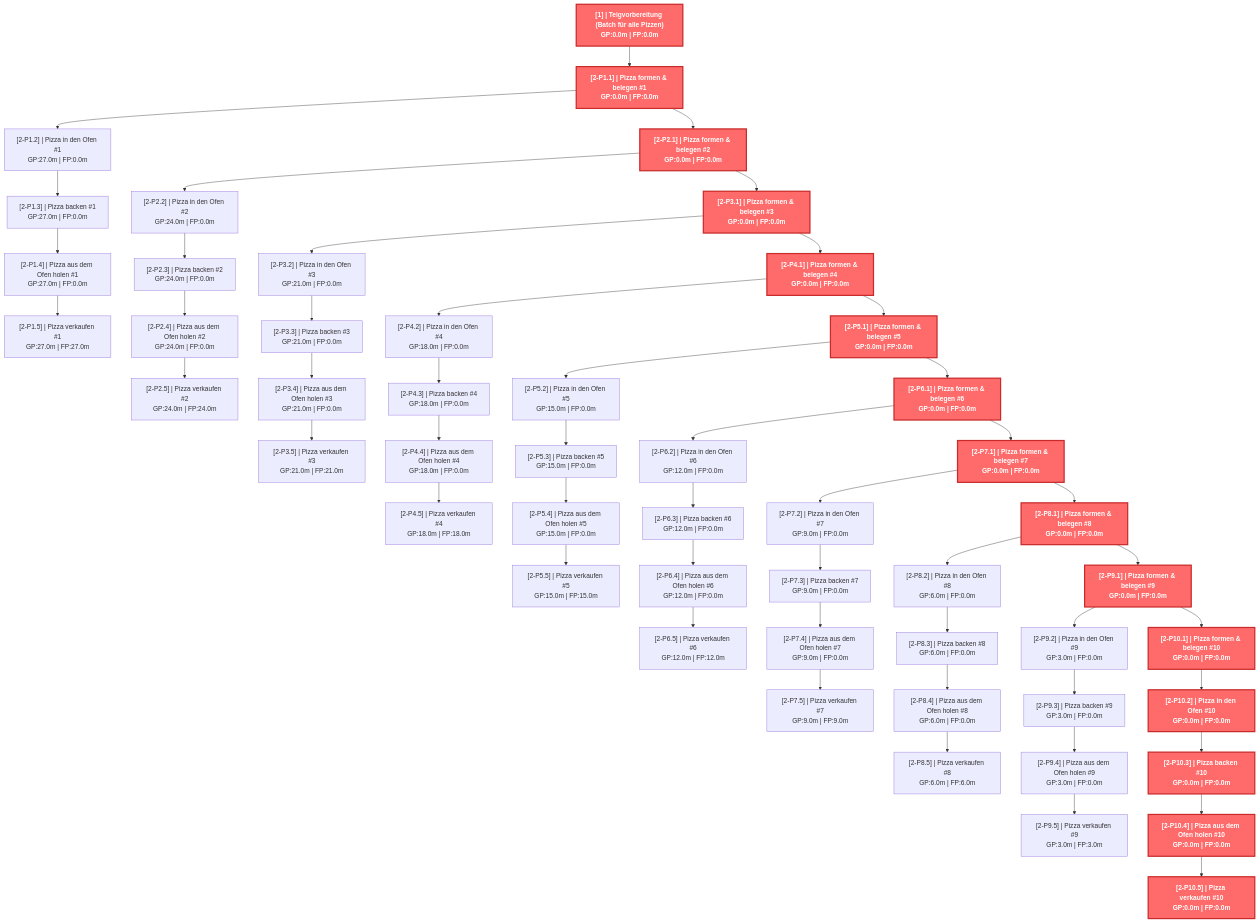
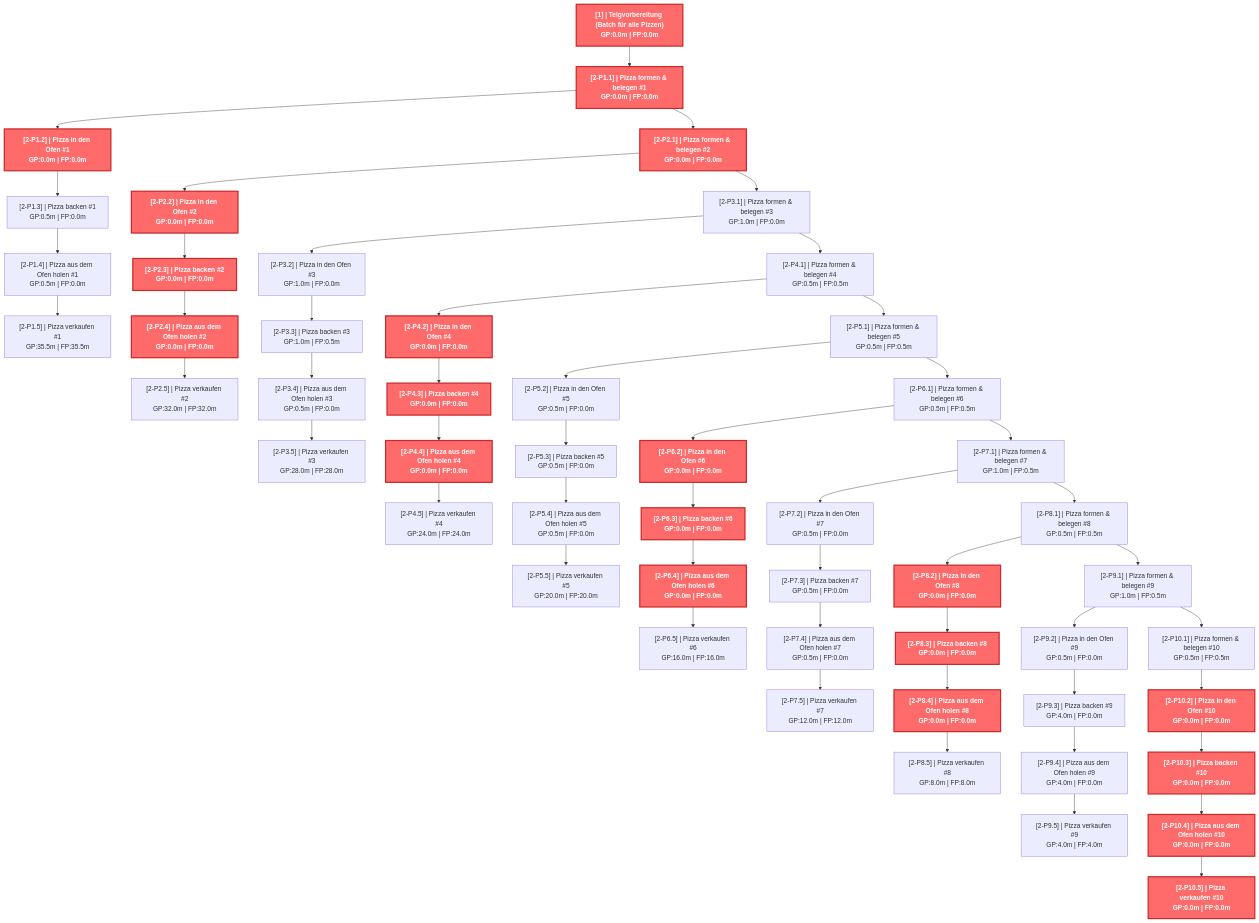
The first of 5 diagrams in tests/golden/pizzas.md (mistamichael/sproject), drawn with Mermaid before and after one commit. The commit also changed other lines of this file and 27 other files, not shown here.

```diff
--- a/tests/golden/pizzas.md
+++ b/tests/golden/pizzas.md
@@ -44,51 +49,51 @@
 
     N1["<b>[1] | Teigvorbereitung (Batch für alle Pizzen)<br/>GP:0.0m | FP:0.0m</b>"]:::critical
     N2-P1.1["<b>[2-P1.1] | Pizza formen & belegen #1<br/>GP:0.0m | FP:0.0m</b>"]:::critical
-    N2-P1.2["[2-P1.2] | Pizza in den Ofen #1<br/>GP:27.0m | FP:0.0m"]
-    N2-P1.3["[2-P1.3] | Pizza backen #1<br/>GP:27.0m | FP:0.0m"]
-    N2-P1.4["[2-P1.4] | Pizza aus dem Ofen holen #1<br/>GP:27.0m | FP:0.0m"]
-    N2-P1.5["[2-P1.5] | Pizza verkaufen #1<br/>GP:27.0m | FP:27.0m"]
+    N2-P1.2["<b>[2-P1.2] | Pizza in den Ofen #1<br/>GP:0.0m | FP:0.0m</b>"]:::critical
+    N2-P1.3["[2-P1.3] | Pizza backen #1<br/>GP:0.5m | FP:0.0m"]
+    N2-P1.4["[2-P1.4] | Pizza aus dem Ofen holen #1<br/>GP:0.5m | FP:0.0m"]
+    N2-P1.5["[2-P1.5] | Pizza verkaufen #1<br/>GP:35.5m | FP:35.5m"]
     N2-P2.1["<b>[2-P2.1] | Pizza formen & belegen #2<br/>GP:0.0m | FP:0.0m</b>"]:::critical
-    N2-P2.2["[2-P2.2] | Pizza in den Ofen #2<br/>GP:24.0m | FP:0.0m"]
-    N2-P2.3["[2-P2.3] | Pizza backen #2<br/>GP:24.0m | FP:0.0m"]
-    N2-P2.4["[2-P2.4] | Pizza aus dem Ofen holen #2<br/>GP:24.0m | FP:0.0m"]
-    N2-P2.5["[2-P2.5] | Pizza verkaufen #2<br/>GP:24.0m | FP:24.0m"]
-    N2-P3.1["<b>[2-P3.1] | Pizza formen & belegen #3<br/>GP:0.0m | FP:0.0m</b>"]:::critical
-    N2-P3.2["[2-P3.2] | Pizza in den Ofen #3<br/>GP:21.0m | FP:0.0m"]
-    N2-P3.3["[2-P3.3] | Pizza backen #3<br/>GP:21.0m | FP:0.0m"]
-    N2-P3.4["[2-P3.4] | Pizza aus dem Ofen holen #3<br/>GP:21.0m | FP:0.0m"]
-    N2-P3.5["[2-P3.5] | Pizza verkaufen #3<br/>GP:21.0m | FP:21.0m"]
-    N2-P4.1["<b>[2-P4.1] | Pizza formen & belegen #4<br/>GP:0.0m | FP:0.0m</b>"]:::critical
-    N2-P4.2["[2-P4.2] | Pizza in den Ofen #4<br/>GP:18.0m | FP:0.0m"]
-    N2-P4.3["[2-P4.3] | Pizza backen #4<br/>GP:18.0m | FP:0.0m"]
-    N2-P4.4["[2-P4.4] | Pizza aus dem Ofen holen #4<br/>GP:18.0m | FP:0.0m"]
-    N2-P4.5["[2-P4.5] | Pizza verkaufen #4<br/>GP:18.0m | FP:18.0m"]
-    N2-P5.1["<b>[2-P5.1] | Pizza formen & belegen #5<br/>GP:0.0m | FP:0.0m</b>"]:::critical
-    N2-P5.2["[2-P5.2] | Pizza in den Ofen #5<br/>GP:15.0m | FP:0.0m"]
-    N2-P5.3["[2-P5.3] | Pizza backen #5<br/>GP:15.0m | FP:0.0m"]
-    N2-P5.4["[2-P5.4] | Pizza aus dem Ofen holen #5<br/>GP:15.0m | FP:0.0m"]
-    N2-P5.5["[2-P5.5] | Pizza verkaufen #5<br/>GP:15.0m | FP:15.0m"]
-    N2-P6.1["<b>[2-P6.1] | Pizza formen & belegen #6<br/>GP:0.0m | FP:0.0m</b>"]:::critical
-    N2-P6.2["[2-P6.2] | Pizza in den Ofen #6<br/>GP:12.0m | FP:0.0m"]
-    N2-P6.3["[2-P6.3] | Pizza backen #6<br/>GP:12.0m | FP:0.0m"]
-    N2-P6.4["[2-P6.4] | Pizza aus dem Ofen holen #6<br/>GP:12.0m | FP:0.0m"]
-    N2-P6.5["[2-P6.5] | Pizza verkaufen #6<br/>GP:12.0m | FP:12.0m"]
-    N2-P7.1["<b>[2-P7.1] | Pizza formen & belegen #7<br/>GP:0.0m | FP:0.0m</b>"]:::critical
-    N2-P7.2["[2-P7.2] | Pizza in den Ofen #7<br/>GP:9.0m | FP:0.0m"]
-    N2-P7.3["[2-P7.3] | Pizza backen #7<br/>GP:9.0m | FP:0.0m"]
-    N2-P7.4["[2-P7.4] | Pizza aus dem Ofen holen #7<br/>GP:9.0m | FP:0.0m"]
-    N2-P7.5["[2-P7.5] | Pizza verkaufen #7<br/>GP:9.0m | FP:9.0m"]
-    N2-P8.1["<b>[2-P8.1] | Pizza formen & belegen #8<br/>GP:0.0m | FP:0.0m</b>"]:::critical
-    N2-P8.2["[2-P8.2] | Pizza in den Ofen #8<br/>GP:6.0m | FP:0.0m"]
-    N2-P8.3["[2-P8.3] | Pizza backen #8<br/>GP:6.0m | FP:0.0m"]
-    N2-P8.4["[2-P8.4] | Pizza aus dem Ofen holen #8<br/>GP:6.0m | FP:0.0m"]
-    N2-P8.5["[2-P8.5] | Pizza verkaufen #8<br/>GP:6.0m | FP:6.0m"]
-    N2-P9.1["<b>[2-P9.1] | Pizza formen & belegen #9<br/>GP:0.0m | FP:0.0m</b>"]:::critical
-    N2-P9.2["[2-P9.2] | Pizza in den Ofen #9<br/>GP:3.0m | FP:0.0m"]
-    N2-P9.3["[2-P9.3] | Pizza backen #9<br/>GP:3.0m | FP:0.0m"]
-    N2-P9.4["[2-P9.4] | Pizza aus dem Ofen holen #9<br/>GP:3.0m | FP:0.0m"]
-    N2-P9.5["[2-P9.5] | Pizza verkaufen #9<br/>GP:3.0m | FP:3.0m"]
-    N2-P10.1["<b>[2-P10.1] | Pizza formen & belegen #10<br/>GP:0.0m | FP:0.0m</b>"]:::critical
+    N2-P2.2["<b>[2-P2.2] | Pizza in den Ofen #2<br/>GP:0.0m | FP:0.0m</b>"]:::critical
+    N2-P2.3["<b>[2-P2.3] | Pizza backen #2<br/>GP:0.0m | FP:0.0m</b>"]:::critical
+    N2-P2.4["<b>[2-P2.4] | Pizza aus dem Ofen holen #2<br/>GP:0.0m | FP:0.0m</b>"]:::critical
+    N2-P2.5["[2-P2.5] | Pizza verkaufen #2<br/>GP:32.0m | FP:32.0m"]
+    N2-P3.1["[2-P3.1] | Pizza formen & belegen #3<br/>GP:1.0m | FP:0.0m"]
+    N2-P3.2["[2-P3.2] | Pizza in den Ofen #3<br/>GP:1.0m | FP:0.0m"]
+    N2-P3.3["[2-P3.3] | Pizza backen #3<br/>GP:1.0m | FP:0.5m"]
+    N2-P3.4["[2-P3.4] | Pizza aus dem Ofen holen #3<br/>GP:0.5m | FP:0.0m"]
+    N2-P3.5["[2-P3.5] | Pizza verkaufen #3<br/>GP:28.0m | FP:28.0m"]
+    N2-P4.1["[2-P4.1] | Pizza formen & belegen #4<br/>GP:0.5m | FP:0.5m"]
+    N2-P4.2["<b>[2-P4.2] | Pizza in den Ofen #4<br/>GP:0.0m | FP:0.0m</b>"]:::critical
+    N2-P4.3["<b>[2-P4.3] | Pizza backen #4<br/>GP:0.0m | FP:0.0m</b>"]:::critical
+    N2-P4.4["<b>[2-P4.4] | Pizza aus dem Ofen holen #4<br/>GP:0.0m | FP:0.0m</b>"]:::critical
+    N2-P4.5["[2-P4.5] | Pizza verkaufen #4<br/>GP:24.0m | FP:24.0m"]
+    N2-P5.1["[2-P5.1] | Pizza formen & belegen #5<br/>GP:0.5m | FP:0.5m"]
+    N2-P5.2["[2-P5.2] | Pizza in den Ofen #5<br/>GP:0.5m | FP:0.0m"]
+    N2-P5.3["[2-P5.3] | Pizza backen #5<br/>GP:0.5m | FP:0.0m"]
+    N2-P5.4["[2-P5.4] | Pizza aus dem Ofen holen #5<br/>GP:0.5m | FP:0.0m"]
+    N2-P5.5["[2-P5.5] | Pizza verkaufen #5<br/>GP:20.0m | FP:20.0m"]
+    N2-P6.1["[2-P6.1] | Pizza formen & belegen #6<br/>GP:0.5m | FP:0.5m"]
+    N2-P6.2["<b>[2-P6.2] | Pizza in den Ofen #6<br/>GP:0.0m | FP:0.0m</b>"]:::critical
+    N2-P6.3["<b>[2-P6.3] | Pizza backen #6<br/>GP:0.0m | FP:0.0m</b>"]:::critical
+    N2-P6.4["<b>[2-P6.4] | Pizza aus dem Ofen holen #6<br/>GP:0.0m | FP:0.0m</b>"]:::critical
+    N2-P6.5["[2-P6.5] | Pizza verkaufen #6<br/>GP:16.0m | FP:16.0m"]
+    N2-P7.1["[2-P7.1] | Pizza formen & belegen #7<br/>GP:1.0m | FP:0.5m"]
+    N2-P7.2["[2-P7.2] | Pizza in den Ofen #7<br/>GP:0.5m | FP:0.0m"]
+    N2-P7.3["[2-P7.3] | Pizza backen #7<br/>GP:0.5m | FP:0.0m"]
+    N2-P7.4["[2-P7.4] | Pizza aus dem Ofen holen #7<br/>GP:0.5m | FP:0.0m"]
+    N2-P7.5["[2-P7.5] | Pizza verkaufen #7<br/>GP:12.0m | FP:12.0m"]
+    N2-P8.1["[2-P8.1] | Pizza formen & belegen #8<br/>GP:0.5m | FP:0.5m"]
+    N2-P8.2["<b>[2-P8.2] | Pizza in den Ofen #8<br/>GP:0.0m | FP:0.0m</b>"]:::critical
+    N2-P8.3["<b>[2-P8.3] | Pizza backen #8<br/>GP:0.0m | FP:0.0m</b>"]:::critical
+    N2-P8.4["<b>[2-P8.4] | Pizza aus dem Ofen holen #8<br/>GP:0.0m | FP:0.0m</b>"]:::critical
+    N2-P8.5["[2-P8.5] | Pizza verkaufen #8<br/>GP:8.0m | FP:8.0m"]
+    N2-P9.1["[2-P9.1] | Pizza formen & belegen #9<br/>GP:1.0m | FP:0.5m"]
+    N2-P9.2["[2-P9.2] | Pizza in den Ofen #9<br/>GP:0.5m | FP:0.0m"]
+    N2-P9.3["[2-P9.3] | Pizza backen #9<br/>GP:4.0m | FP:0.0m"]
+    N2-P9.4["[2-P9.4] | Pizza aus dem Ofen holen #9<br/>GP:4.0m | FP:0.0m"]
+    N2-P9.5["[2-P9.5] | Pizza verkaufen #9<br/>GP:4.0m | FP:4.0m"]
+    N2-P10.1["[2-P10.1] | Pizza formen & belegen #10<br/>GP:0.5m | FP:0.5m"]
     N2-P10.2["<b>[2-P10.2] | Pizza in den Ofen #10<br/>GP:0.0m | FP:0.0m</b>"]:::critical
     N2-P10.3["<b>[2-P10.3] | Pizza backen #10<br/>GP:0.0m | FP:0.0m</b>"]:::critical
     N2-P10.4["<b>[2-P10.4] | Pizza aus dem Ofen holen #10<br/>GP:0.0m | FP:0.0m</b>"]:::critical
```
